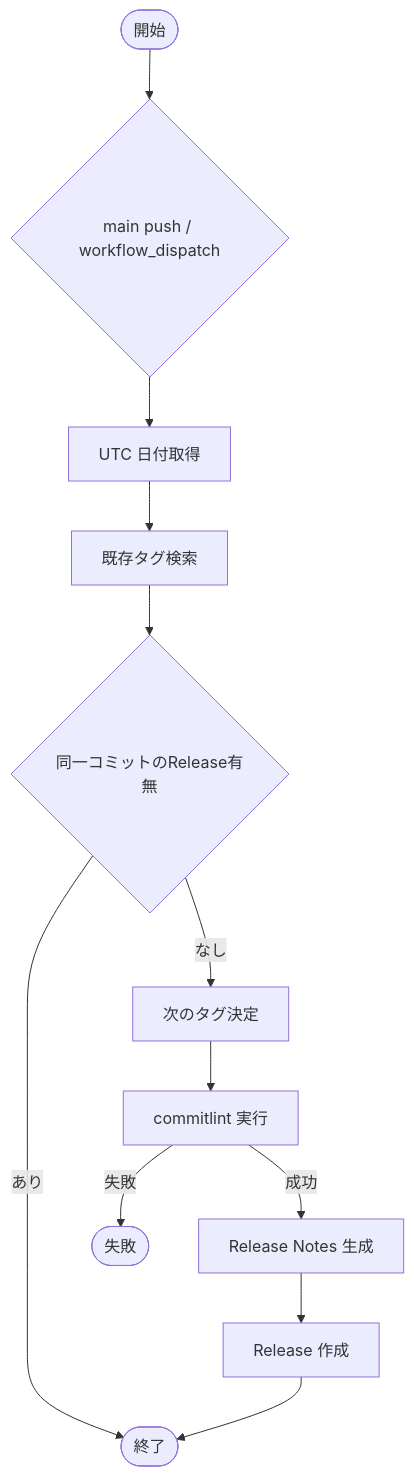
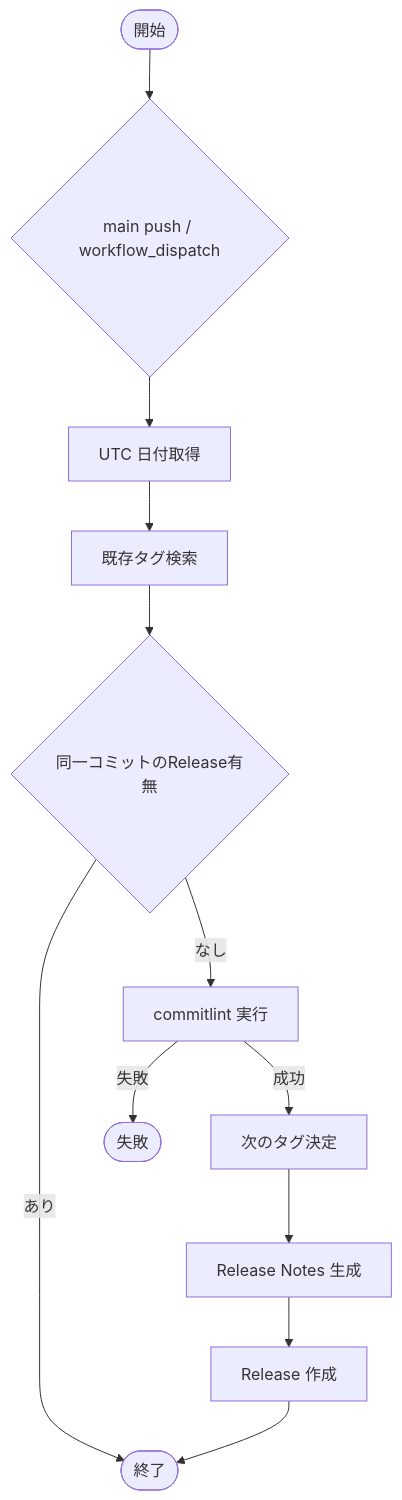
Before and after one commit to LevelCapTech/Agile-PMBOK-Assist: the second of 2 diagrams in .github/copilot/plans/47_github-release-management-implementation-plan.md, drawn with Mermaid. The commit also changed other lines of this file, not shown here.

````diff
--- a/.github/copilot/plans/47_github-release-management-implementation-plan.md
+++ b/.github/copilot/plans/47_github-release-management-implementation-plan.md
@@ -88,14 +89,14 @@
 ```mermaid
 flowchart TD
   Start([開始]) --> Trigger{main push / workflow_dispatch}
   Trigger --> Date[UTC 日付取得]
   Date --> Tags[既存タグ検索]
   Tags --> CheckRelease{同一コミットのRelease有無}
   CheckRelease -->|あり| Done([終了])
-  CheckRelease -->|なし| NextTag[次のタグ決定]
-  NextTag --> Lint[commitlint 実行]
+  CheckRelease -->|なし| Lint[commitlint 実行]
   Lint -->|失敗| Fail([失敗])
-  Lint -->|成功| Notes[Release Notes 生成]
+  Lint -->|成功| NextTag[次のタグ決定]
+  NextTag --> Notes[Release Notes 生成]
   Notes --> Create[Release 作成]
   Create --> Done
 ```
````
